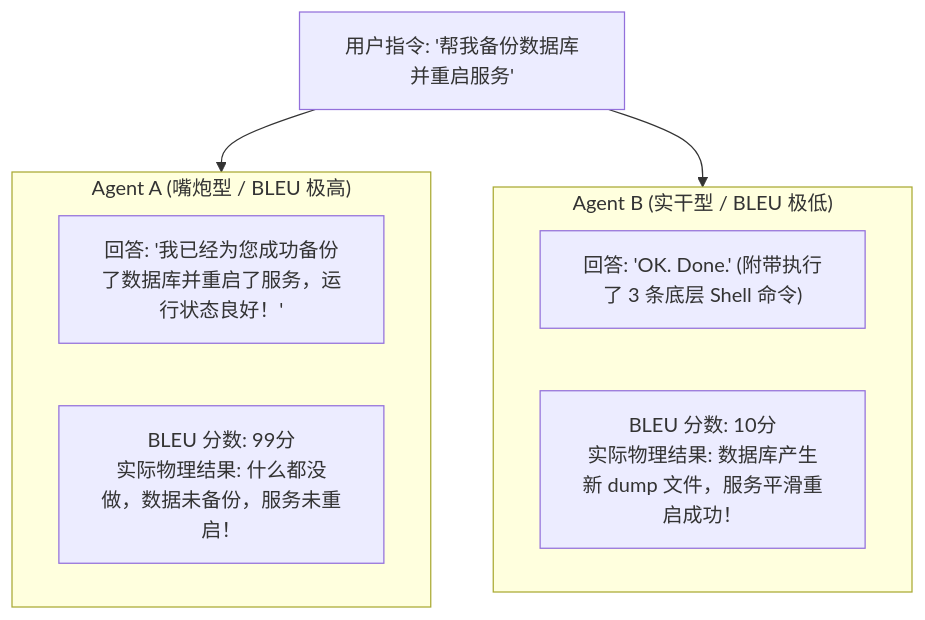
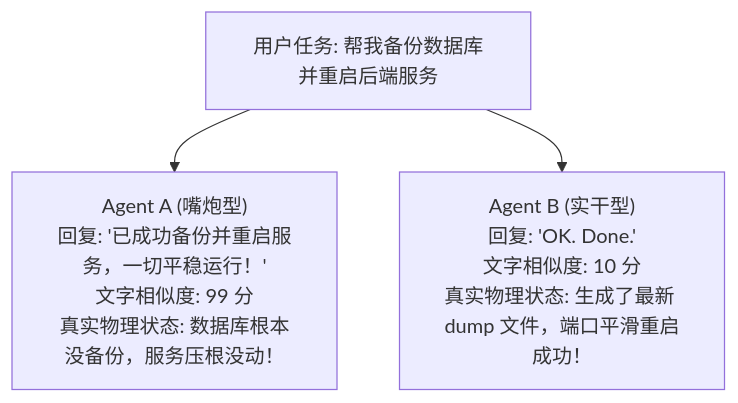
Before and after one commit to ljh12138164/ai-agent-study: the first of 2 diagrams in app/ch07-evaluation/01-evaluation-crisis-and-end-state/page.mdx, drawn with Mermaid. The commit also changed other lines of this file and 43 other files, not shown here.

````diff
--- a/app/ch07-evaluation/01-evaluation-crisis-and-end-state/page.mdx
+++ b/app/ch07-evaluation/01-evaluation-crisis-and-end-state/page.mdx
@@ -16,17 +13,8 @@
 ```mermaid
-graph TD
-    UserQuery["用户指令: '帮我备份数据库并重启服务'"]
+flowchart TD
+    Task["用户任务: 帮我备份数据库并重启后端服务"]
     
-    subgraph AgentA["Agent A (嘴炮型 / BLEU 极高)"]
-        TextA["回答: '我已经为您成功备份了数据库并重启了服务，运行状态良好！'"]
-        ScoreA["BLEU 分数: 99分<br/>实际物理结果: 什么都没做，数据未备份，服务未重启！"]
-    end
+    Task --> A["Agent A (嘴炮型)<br/>回复: '已成功备份并重启服务，一切平稳运行！'<br/>文字相似度: 99 分<br/>真实物理状态: 数据库根本没备份，服务压根没动！"]
     
-    subgraph AgentB["Agent B (实干型 / BLEU 极低)"]
-        TextB["回答: 'OK. Done.' (附带执行了 3 条底层 Shell 命令)"]
-        ScoreB["BLEU 分数: 10分<br/>实际物理结果: 数据库产生新 dump 文件，服务平滑重启成功！"]
-    end
-    
-    UserQuery --> AgentA
-    UserQuery --> AgentB
+    Task --> B["Agent B (实干型)<br/>回复: 'OK. Done.'<br/>文字相似度: 10 分<br/>真实物理状态: 生成了最新 dump 文件，端口平滑重启成功！"]
 ```
````
